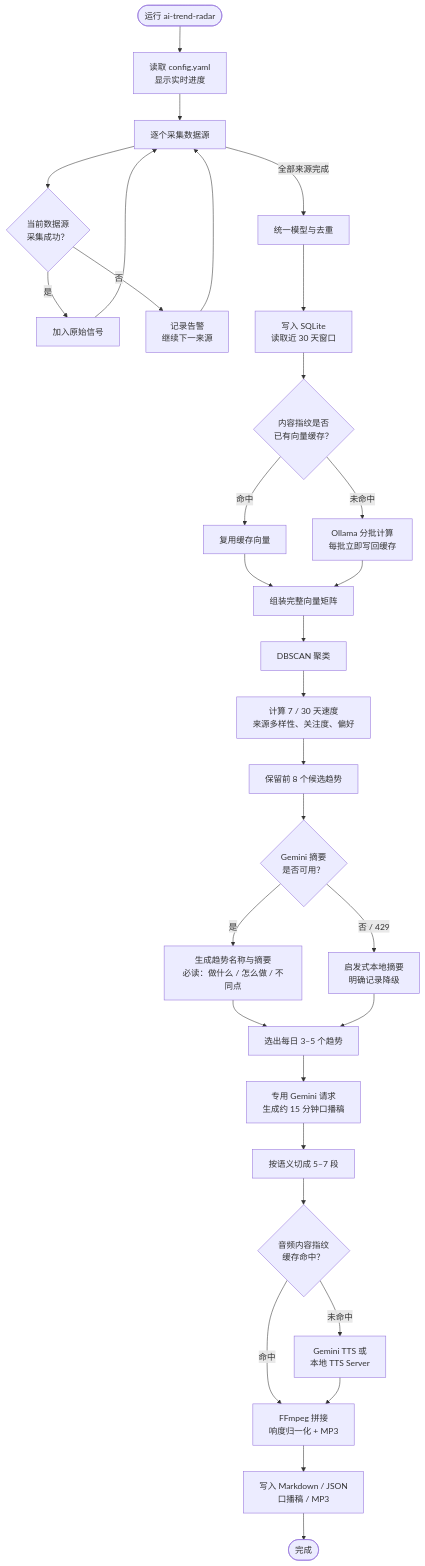
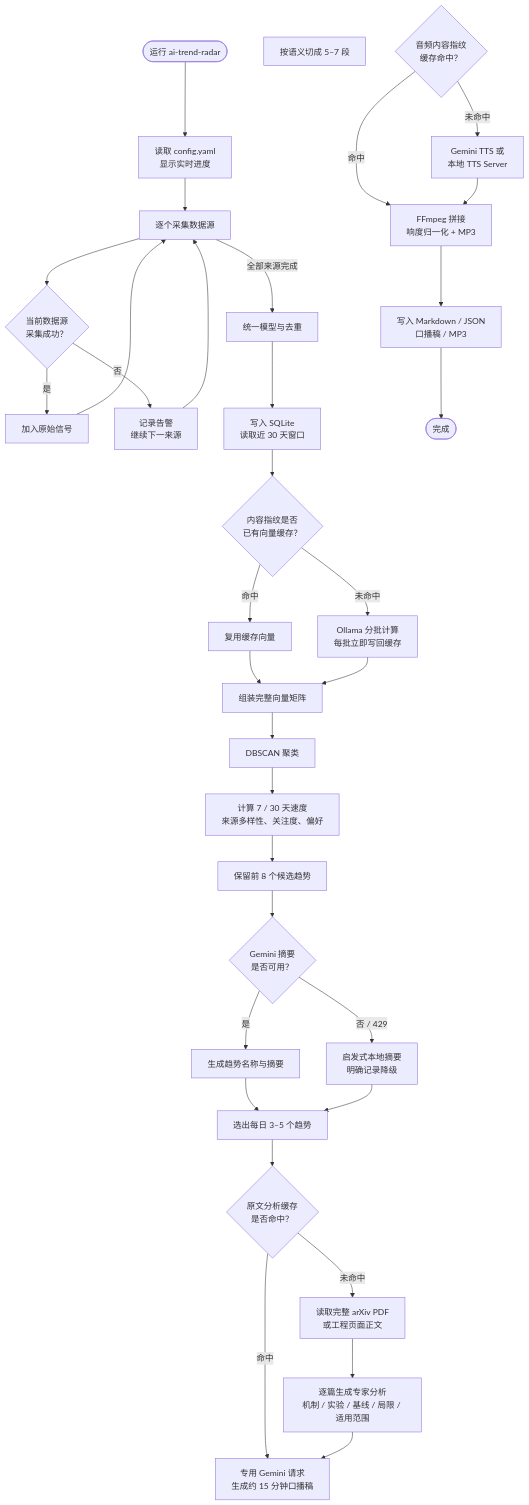
The second of 2 diagrams in README.md (wangliwfsd/ai_trend_detector), drawn with Mermaid before and after one commit. The commit also changed other lines of this file and 19 other files, not shown here.

Commit message:
feat: add expert deep reads and resilient audio pipeline

````diff
--- a/README.md
+++ b/README.md
@@ -80,43 +84,47 @@
 ```mermaid
 flowchart TD
     START(["运行 ai-trend-radar"])
     CFG["读取 config.yaml<br/>显示实时进度"]
     FETCH["逐个采集数据源"]
     SOURCE_OK{"当前数据源<br/>采集成功？"}
     KEEP["加入原始信号"]
     WARN["记录告警<br/>继续下一来源"]
     DEDUP["统一模型与去重"]
     STORE["写入 SQLite<br/>读取近 30 天窗口"]
     CACHE{"内容指纹是否<br/>已有向量缓存？"}
     REUSE["复用缓存向量"]
     EMBED["Ollama 分批计算<br/>每批立即写回缓存"]
     MERGE["组装完整向量矩阵"]
     CLUSTER["DBSCAN 聚类"]
     SCORE["计算 7 / 30 天速度<br/>来源多样性、关注度、偏好"]
     CANDIDATES["保留前 8 个候选趋势"]
     GEMINI{"Gemini 摘要<br/>是否可用？"}
-    NARRATE["生成趋势名称与摘要<br/>必读：做什么 / 怎么做 / 不同点"]
+    NARRATE["生成趋势名称与摘要"]
     FALLBACK["启发式本地摘要<br/>明确记录降级"]
     TOP["选出每日 3–5 个趋势"]
+    DEEP_CACHE{"原文分析缓存<br/>是否命中？"}
+    FULL["读取完整 arXiv PDF<br/>或工程页面正文"]
+    DEEP["逐篇生成专家分析<br/>机制 / 实验 / 基线 / 局限 / 适用范围"]
     SPEECH["专用 Gemini 请求<br/>生成约 15 分钟口播稿"]
     SPLIT["按语义切成 5–7 段"]
     AUDIO_CACHE{"音频内容指纹<br/>缓存命中？"}
     TTS["Gemini TTS 或<br/>本地 TTS Server"]
     MP3["FFmpeg 拼接<br/>响度归一化 + MP3"]
     REPORT["写入 Markdown / JSON<br/>口播稿 / MP3"]
     END(["完成"])
 
     START --> CFG --> FETCH --> SOURCE_OK
     SOURCE_OK -->|"是"| KEEP --> FETCH
     SOURCE_OK -->|"否"| WARN --> FETCH
     FETCH -->|"全部来源完成"| DEDUP --> STORE --> CACHE
     CACHE -->|"命中"| REUSE --> MERGE
     CACHE -->|"未命中"| EMBED --> MERGE
     MERGE --> CLUSTER --> SCORE --> CANDIDATES --> GEMINI
-    GEMINI -->|"是"| NARRATE --> TOP
+    GEMINI -->|"是"| NARRATE --> TOP --> DEEP_CACHE
     GEMINI -->|"否 / 429"| FALLBACK --> TOP
-    TOP --> SPEECH --> SPLIT --> AUDIO_CACHE
+    DEEP_CACHE -->|"命中"| SPEECH
+    DEEP_CACHE -->|"未命中"| FULL --> DEEP --> SPEECH
     AUDIO_CACHE -->|"命中"| MP3
     AUDIO_CACHE -->|"未命中"| TTS --> MP3
     MP3 --> REPORT --> END
 ```
````
